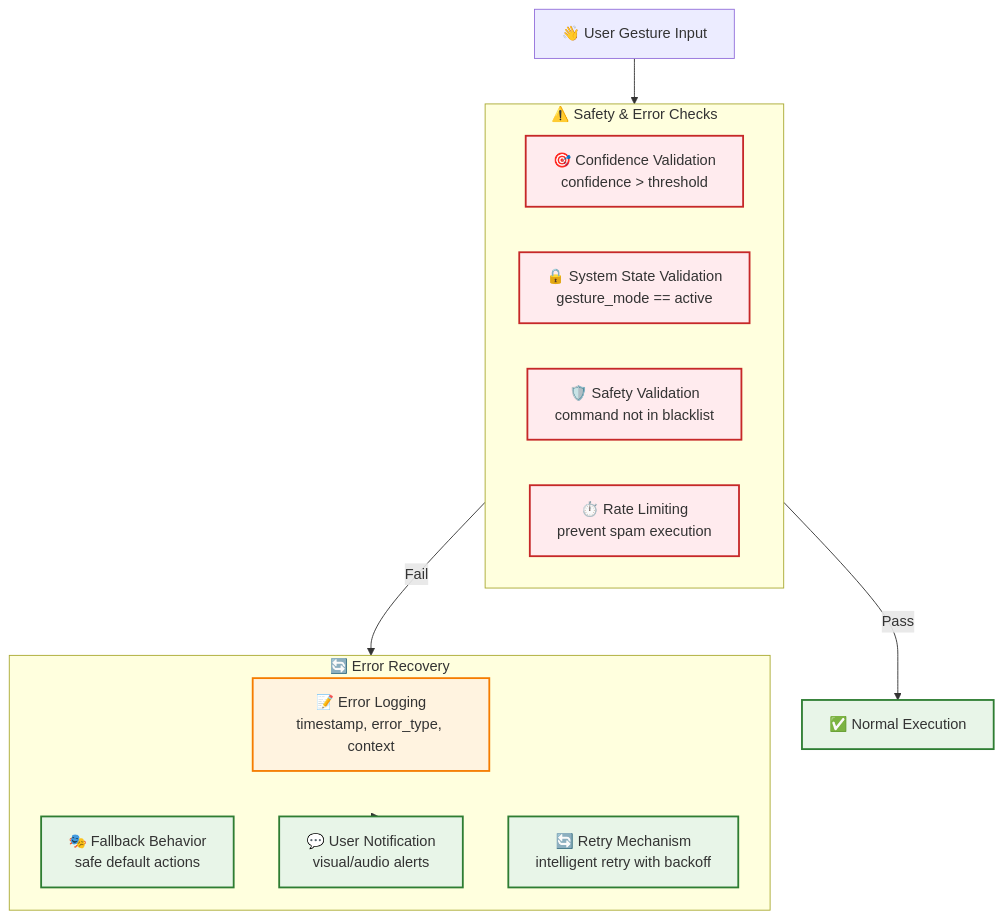
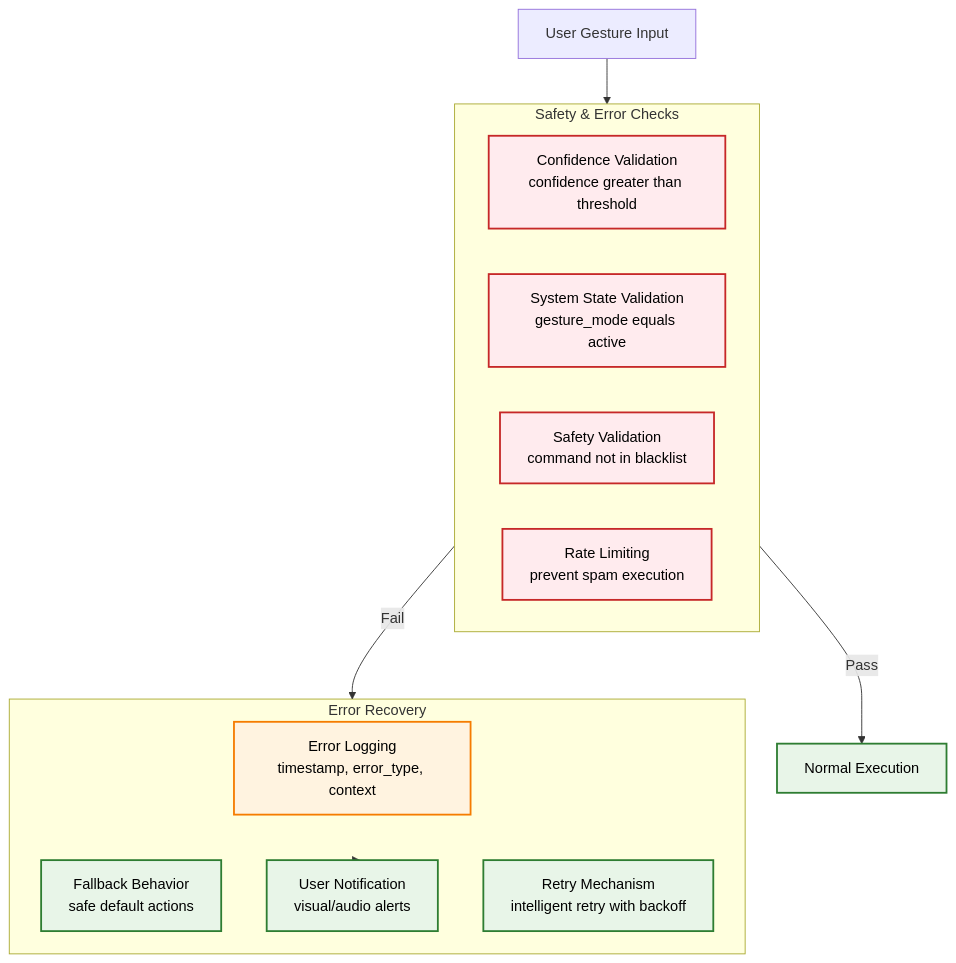
The fourth of 5 diagrams in docs/Project-Architecture/DETAILED_SYSTEM_ARCHITECTURE.md (ntsrigaud/Maestro), drawn with Mermaid before and after one commit. The commit also changed other lines of this file, not shown here.

Commit message:
chore(docs): remove emojis and fix scheme for readability

`````diff
--- a/docs/Project-Architecture/DETAILED_SYSTEM_ARCHITECTURE.md
+++ b/docs/Project-Architecture/DETAILED_SYSTEM_ARCHITECTURE.md
@@ -257,29 +258,29 @@
 ```mermaid
 graph TB
-    %% Styling
-    classDef safety fill:#ffebee,stroke:#c62828,stroke-width:2px
-    classDef error fill:#fff3e0,stroke:#f57c00,stroke-width:2px
-    classDef recovery fill:#e8f5e8,stroke:#2e7d32,stroke-width:2px
+    %% Styling with better contrast and readability
+    classDef safety fill:#ffebee,stroke:#c62828,stroke-width:2px,color:#000000
+    classDef error fill:#fff3e0,stroke:#f57c00,stroke-width:2px,color:#000000
+    classDef recovery fill:#e8f5e8,stroke:#2e7d32,stroke-width:2px,color:#000000
 
     %% Error Handling Flow
-    GESTURE_INPUT["👋 User Gesture Input"]
+    GESTURE_INPUT["User Gesture Input"]
 
-    subgraph ERROR_CHECKS ["⚠️ Safety & Error Checks"]
-        CONF_CHECK["🎯 Confidence Validation<br/>confidence > threshold"]:::safety
-        STATE_CHECK["🔒 System State Validation<br/>gesture_mode == active"]:::safety
-        SAFETY_CHECK["🛡️ Safety Validation<br/>command not in blacklist"]:::safety
-        RATE_LIMIT["⏱️ Rate Limiting<br/>prevent spam execution"]:::safety
+    subgraph ERROR_CHECKS ["Safety & Error Checks"]
+        CONF_CHECK["Confidence Validation<br/>confidence greater than threshold"]:::safety
+        STATE_CHECK["System State Validation<br/>gesture_mode equals active"]:::safety
+        SAFETY_CHECK["Safety Validation<br/>command not in blacklist"]:::safety
+        RATE_LIMIT["Rate Limiting<br/>prevent spam execution"]:::safety
     end
 
-    subgraph ERROR_RECOVERY ["🔄 Error Recovery"]
-        LOG_ERROR["📝 Error Logging<br/>timestamp, error_type, context"]:::error
-        FALLBACK["🎭 Fallback Behavior<br/>safe default actions"]:::recovery
-        USER_FEEDBACK["💬 User Notification<br/>visual/audio alerts"]:::recovery
-        RETRY_LOGIC["🔄 Retry Mechanism<br/>intelligent retry with backoff"]:::recovery
+    subgraph ERROR_RECOVERY ["Error Recovery"]
+        LOG_ERROR["Error Logging<br/>timestamp, error_type, context"]:::error
+        FALLBACK["Fallback Behavior<br/>safe default actions"]:::recovery
+        USER_FEEDBACK["User Notification<br/>visual/audio alerts"]:::recovery
+        RETRY_LOGIC["Retry Mechanism<br/>intelligent retry with backoff"]:::recovery
     end
 
     GESTURE_INPUT --> ERROR_CHECKS
-    ERROR_CHECKS -->|"Pass"| NORMAL_EXEC["✅ Normal Execution"]:::recovery
+    ERROR_CHECKS -->|"Pass"| NORMAL_EXEC["Normal Execution"]:::recovery
     ERROR_CHECKS -->|"Fail"| ERROR_RECOVERY
     ERROR_RECOVERY --> USER_FEEDBACK
-```
+````
`````
